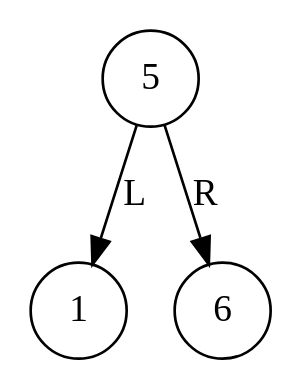
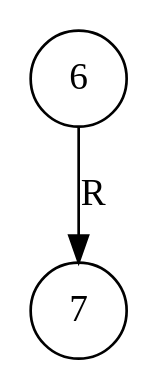
One commit to HenryD11703/EDD_PROYECTO2_202004071 changed the diagram in executable/graphAVL.dot. Above: the diagram before and after it, drawn with Graphviz. The commit also changed 15 other files, not shown here.

```diff
--- a/executable/graphAVL.dot
+++ b/executable/graphAVL.dot
@@ -1,8 +1,6 @@
 digraph G{
 node [shape=circle];
-"3024837603136"[label="5"];
-"3024835466816"[label="1"];
-"3024847086864"[label="6"];
-"3024837603136" -> "3024835466816" [label = "L"];
-"3024837603136" -> "3024847086864" [label = "R"];
+"2540562503760"[label="6"];
+"2540562505520"[label="7"];
+"2540562503760" -> "2540562505520" [label = "R"];
 }
```
